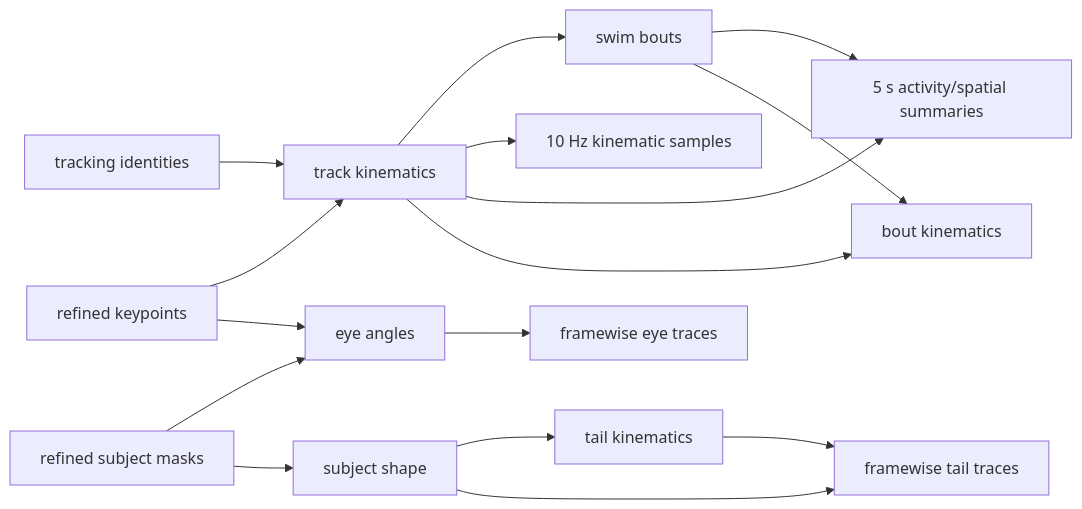
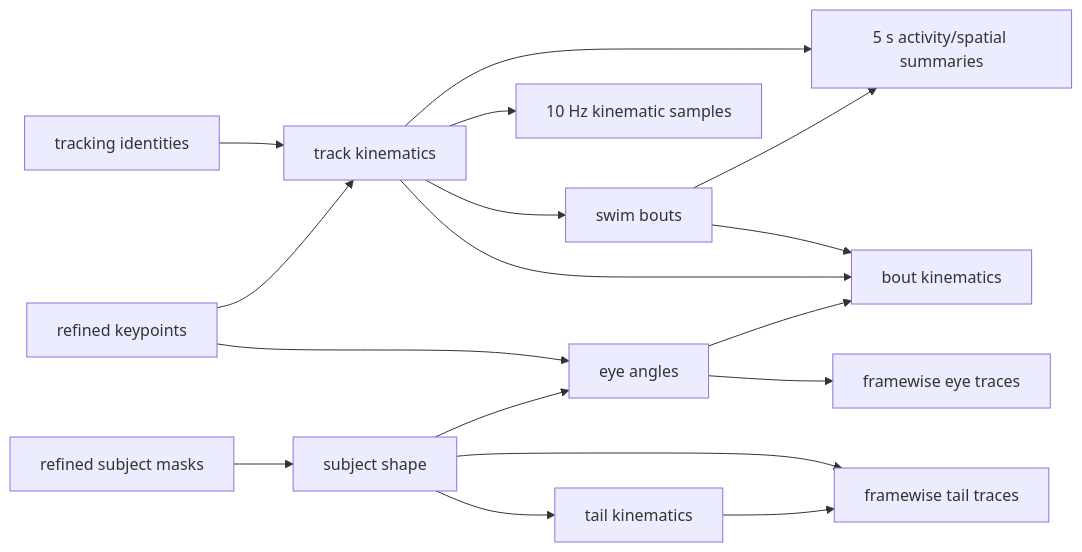
The diagram in docs/analysis_workflow_dag.md (jmdelahanty/palette), drawn with Mermaid before and after one commit. The commit also changed other lines of this file and 15 other files, not shown here.

````diff
--- a/docs/analysis_workflow_dag.md
+++ b/docs/analysis_workflow_dag.md
@@ -67,20 +67,21 @@
 ```mermaid
 flowchart LR
   TR[tracking identities] --> TK[track kinematics]
   RK[refined keypoints] --> TK[track kinematics]
   TK --> SB[swim bouts]
   TK --> KS[10 Hz kinematic samples]
   TK --> AS[5 s activity/spatial summaries]
   SB --> AS
   SB --> BK[bout kinematics]
   TK --> BK
 
   RK --> EA[eye angles]
-  RM[refined subject masks] --> EA
+  RM[refined subject masks] --> SS[subject shape]
+  SS --> EA
   EA --> ET[framewise eye traces]
+  EA --> BK
 
-  RM --> SS[subject shape]
   SS --> TKM[tail kinematics]
   SS --> TT[framewise tail traces]
   TKM --> TT
 ```
````
